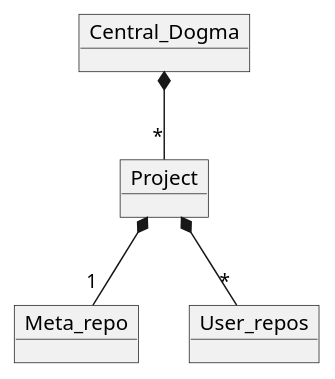
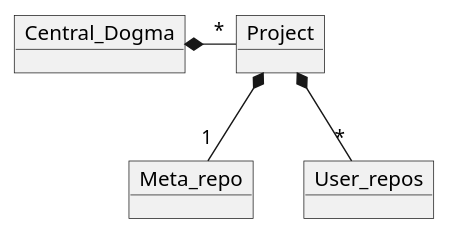
Before and after one commit to line/centraldogma: the diagram in site/src/sphinx/concepts.rst, drawn with PlantUML. The commit also changed 5 other files, not shown here.

```diff
--- a/site/src/sphinx/concepts.rst
+++ b/site/src/sphinx/concepts.rst
@@ -5,12 +5,12 @@
 .. uml::
 
     @startuml
     object Central_Dogma
     object Project
     object Meta_repo
     object User_repos
 
-    Central_Dogma *-- "*" Project
+    Central_Dogma *-right- "*" Project
     Project *-- "1" Meta_repo
     Project *-- "*" User_repos
     @enduml
```
